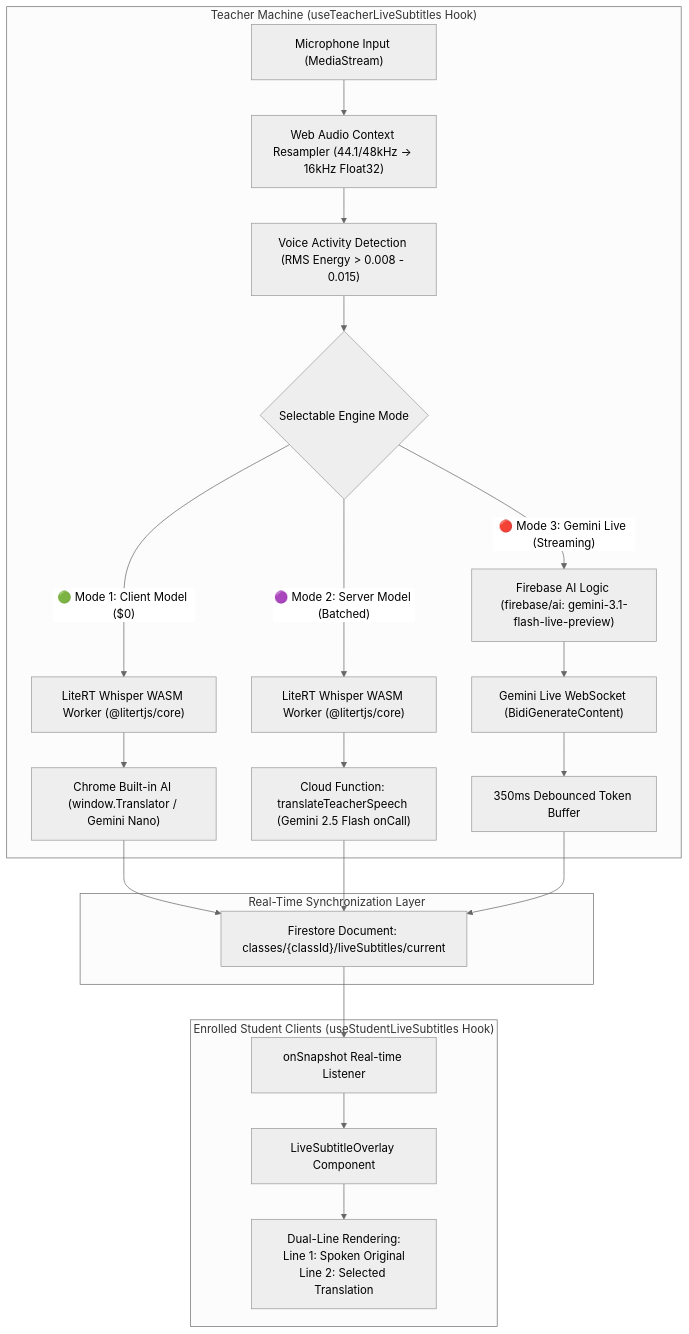
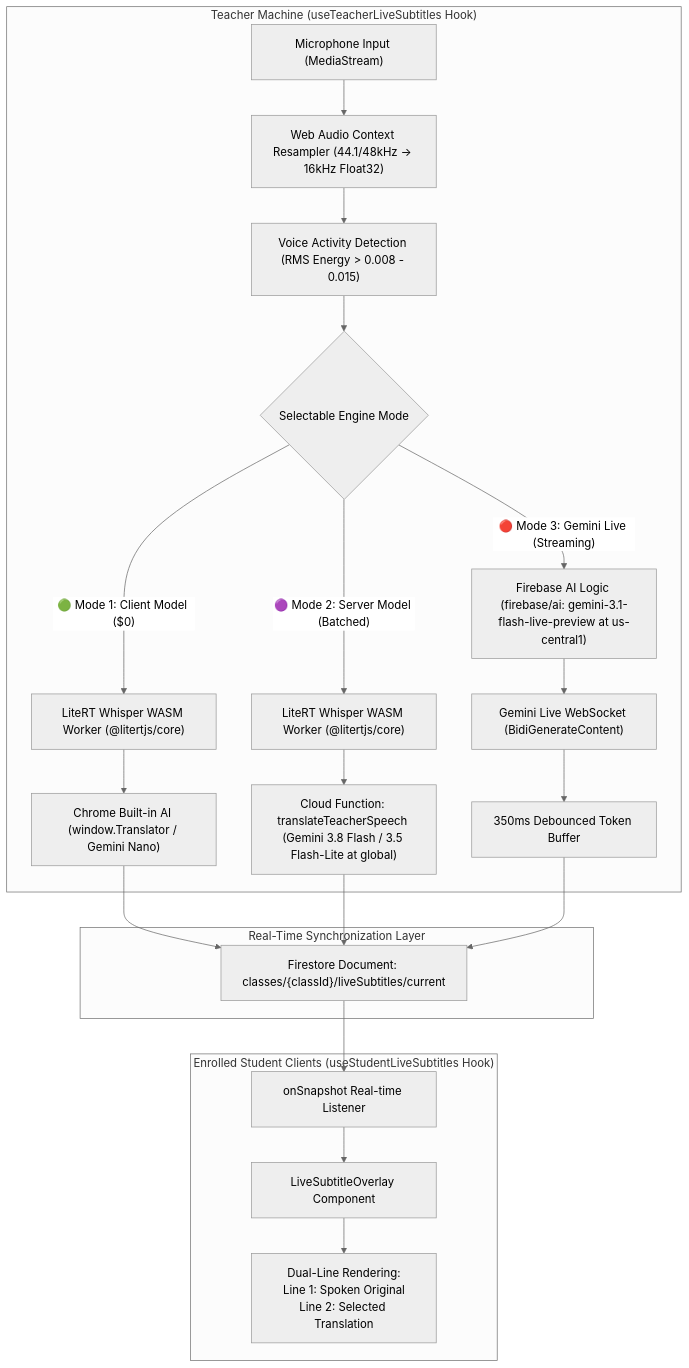
One commit to wongcyrus/Google-AI-Classroom changed the first of 2 diagrams in docs/live-subtitles-and-translation.md. Above: the diagram before and after it, drawn with Mermaid (neutral theme). The commit also changed other lines of this file and 86 other files, not shown here.

First line of the commit message:
docs: update system documentation, marp slide decks, architecture diagrams, and prompt seed assets

````diff
--- a/docs/live-subtitles-and-translation.md
+++ b/docs/live-subtitles-and-translation.md
@@ -17,35 +22,35 @@
 ```mermaid
 flowchart TD
     subgraph Teacher["Teacher Machine (useTeacherLiveSubtitles Hook)"]
         Mic["Microphone Input (MediaStream)"]
         Resample["Web Audio Context Resampler (44.1/48kHz -> 16kHz Float32)"]
         VAD["Voice Activity Detection (RMS Energy > 0.008 - 0.015)"]
         
         Mic --> Resample --> VAD
         
         ModeSwitch{"Selectable Engine Mode"}
         VAD --> ModeSwitch
         
         ModeSwitch -- "🟢 Mode 1: Client Model ($0)" --> WhisperWorker1["LiteRT Whisper WASM Worker (@litertjs/core)"]
         WhisperWorker1 --> Nano["Chrome Built-in AI (window.Translator / Gemini Nano)"]
         
         ModeSwitch -- "🟣 Mode 2: Server Model (Batched)" --> WhisperWorker2["LiteRT Whisper WASM Worker (@litertjs/core)"]
-        WhisperWorker2 --> CF["Cloud Function: translateTeacherSpeech (Gemini 2.5 Flash onCall)"]
+        WhisperWorker2 --> CF["Cloud Function: translateTeacherSpeech (Gemini 3.8 Flash / 3.5 Flash-Lite at global)"]
         
-        ModeSwitch -- "🔴 Mode 3: Gemini Live (Streaming)" --> AILogic["Firebase AI Logic (firebase/ai: gemini-3.1-flash-live-preview)"]
+        ModeSwitch -- "🔴 Mode 3: Gemini Live (Streaming)" --> AILogic["Firebase AI Logic (firebase/ai: gemini-3.1-flash-live-preview at us-central1)"]
         AILogic --> LiveWS["Gemini Live WebSocket (BidiGenerateContent)"]
         LiveWS --> Debounce["350ms Debounced Token Buffer"]
     end
 
     subgraph Sync["Real-Time Synchronization Layer"]
         Nano --> FS["Firestore Document: classes/{classId}/liveSubtitles/current"]
         CF --> FS
         Debounce --> FS
     end
 
     subgraph Students["Enrolled Student Clients (useStudentLiveSubtitles Hook)"]
         FS --> Snapshot["onSnapshot Real-time Listener"]
         Snapshot --> Overlay["LiveSubtitleOverlay Component"]
         Overlay --> DualLine["Dual-Line Rendering:\nLine 1: Spoken Original\nLine 2: Selected Translation"]
     end
 ```
````
